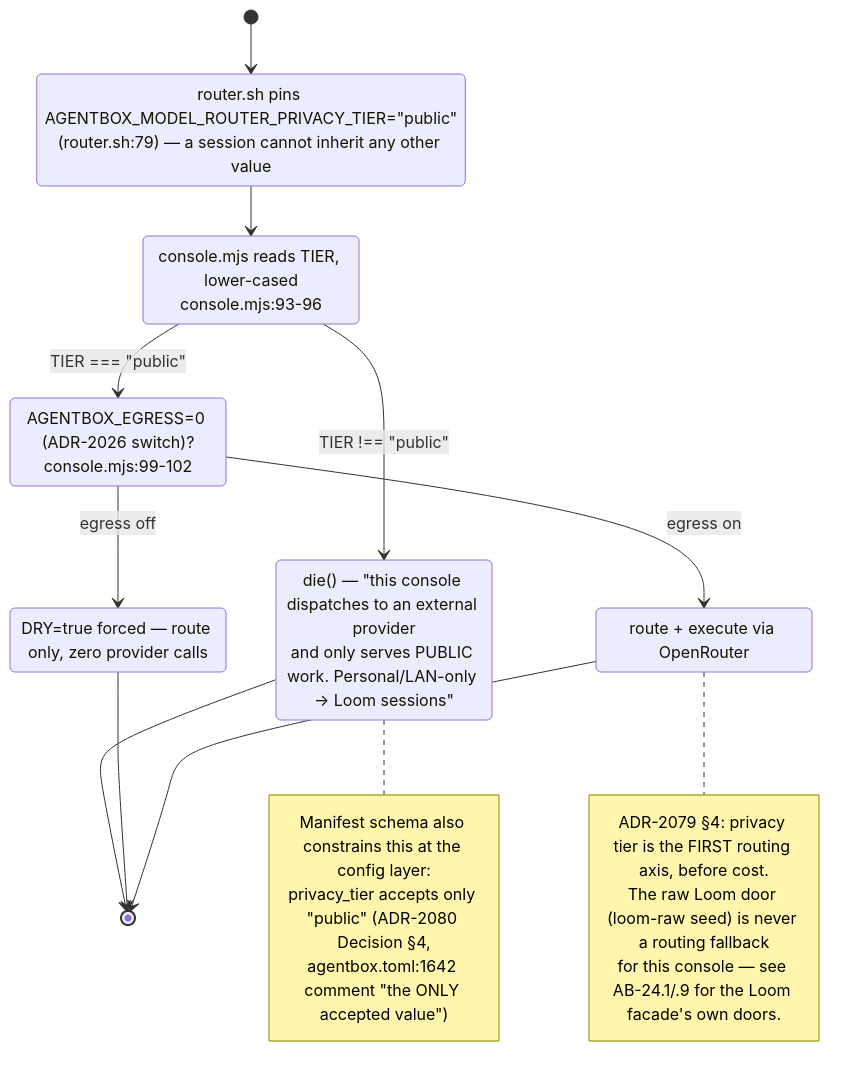
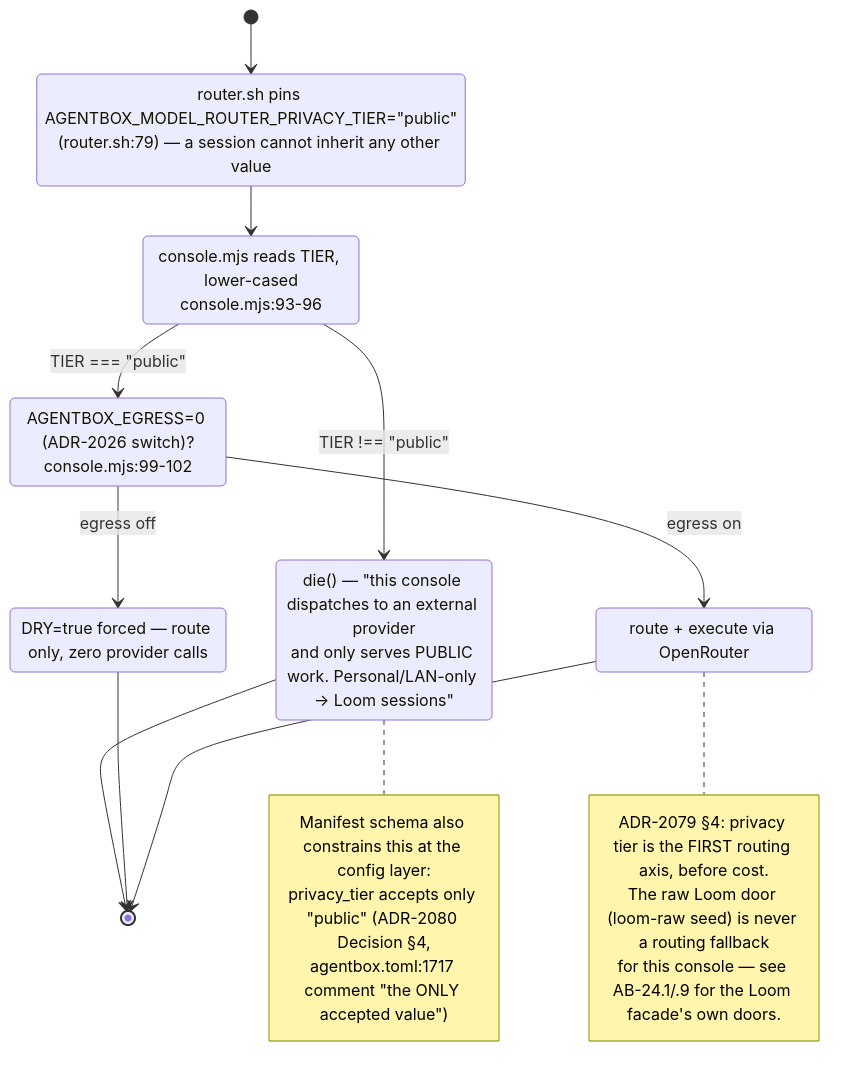
One commit to DreamLab-AI/VisionFlow changed the sixth of 9 diagrams in docs/diagrams/agentbox/29-metaharness-router-console.md. Above: the diagram before and after it, drawn with Mermaid. The commit also changed other lines of this file and 160 other files, not shown here.

````diff
--- a/docs/diagrams/agentbox/29-metaharness-router-console.md
+++ b/docs/diagrams/agentbox/29-metaharness-router-console.md
@@ -205,28 +211,28 @@
 ```mermaid
 stateDiagram-v2
     [*] --> WrapperCheck
     WrapperCheck: router.sh pins AGENTBOX_MODEL_ROUTER_PRIVACY_TIER="public"<br/>(router.sh:79) — a session cannot inherit any other value
     WrapperCheck --> ConsoleCheck
     ConsoleCheck: console.mjs reads TIER, lower-cased<br/>console.mjs:93-96
     ConsoleCheck --> Refused: TIER !== "public"
     ConsoleCheck --> EgressCheck: TIER === "public"
     Refused: die() — "this console dispatches to an external provider<br/>and only serves PUBLIC work. Personal/LAN-only → Loom sessions"
     Refused --> [*]
     EgressCheck: AGENTBOX_EGRESS=0 (ADR-2026 switch)?<br/>console.mjs:99-102
     EgressCheck --> DryRunForced: egress off
     EgressCheck --> NormalRun: egress on
     DryRunForced: DRY=true forced — route only, zero provider calls
     NormalRun: route + execute via OpenRouter
     DryRunForced --> [*]
     NormalRun --> [*]
     note right of Refused
         Manifest schema also constrains this at the config layer:
         privacy_tier accepts only "public" (ADR-2080 Decision §4,
-        agentbox.toml:1642 comment "the ONLY accepted value")
+        agentbox.toml:1717 comment "the ONLY accepted value")
     end note
     note right of NormalRun
         ADR-2079 §4: privacy tier is the FIRST routing axis, before cost.
         The raw Loom door (loom-raw seed) is never a routing fallback
         for this console — see AB-24.1/.9 for the Loom facade's own doors.
     end note
 ```
````
